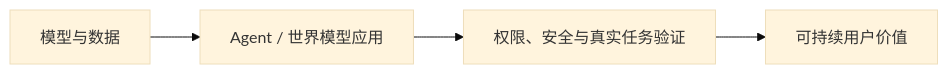
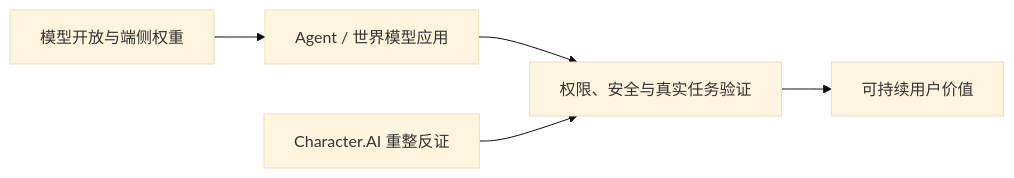
One commit to wwxd100/ai-news changed the diagram in README.md. Above: the diagram before and after it, drawn with Mermaid (base theme). The commit also changed other lines of this file and 8 other files, not shown here.

````diff
--- a/README.md
+++ b/README.md
@@ -61,6 +62,7 @@
 ```mermaid
 flowchart LR
-  A["模型与数据"] --> B["Agent / 世界模型应用"]
+  A["模型开放与端侧权重"] --> B["Agent / 世界模型应用"]
   B --> C["权限、安全与真实任务验证"]
   C --> D["可持续用户价值"]
+  E["Character.AI 重整反证"] --> C
 ```
````
